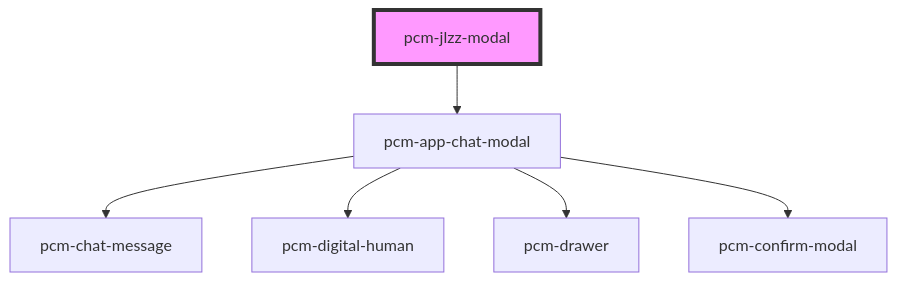
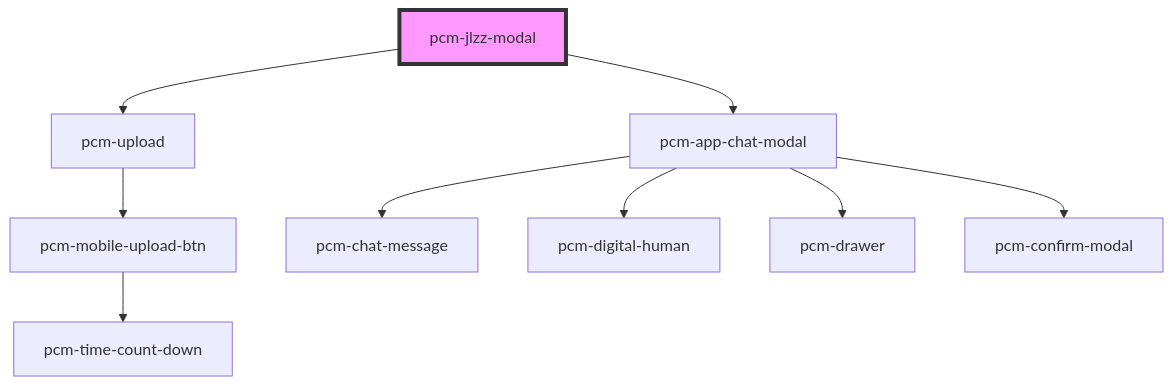
Before and after one commit to Pincaimao/pcm-agents-sdk: the diagram in packages/pcm-agents/docs/components/pcm-jlzz-modal/readme.md, drawn with Mermaid. The commit also changed other lines of this file and 20 other files, not shown here.

````diff
--- a/packages/pcm-agents/docs/components/pcm-jlzz-modal/readme.md
+++ b/packages/pcm-agents/docs/components/pcm-jlzz-modal/readme.md
@@ -44,9 +46,12 @@
 ```mermaid
 graph TD;
+  pcm-jlzz-modal --> pcm-upload
   pcm-jlzz-modal --> pcm-app-chat-modal
+  pcm-upload --> pcm-mobile-upload-btn
+  pcm-mobile-upload-btn --> pcm-time-count-down
   pcm-app-chat-modal --> pcm-chat-message
   pcm-app-chat-modal --> pcm-digital-human
   pcm-app-chat-modal --> pcm-drawer
   pcm-app-chat-modal --> pcm-confirm-modal
   style pcm-jlzz-modal fill:#f9f,stroke:#333,stroke-width:4px
 ```
````
